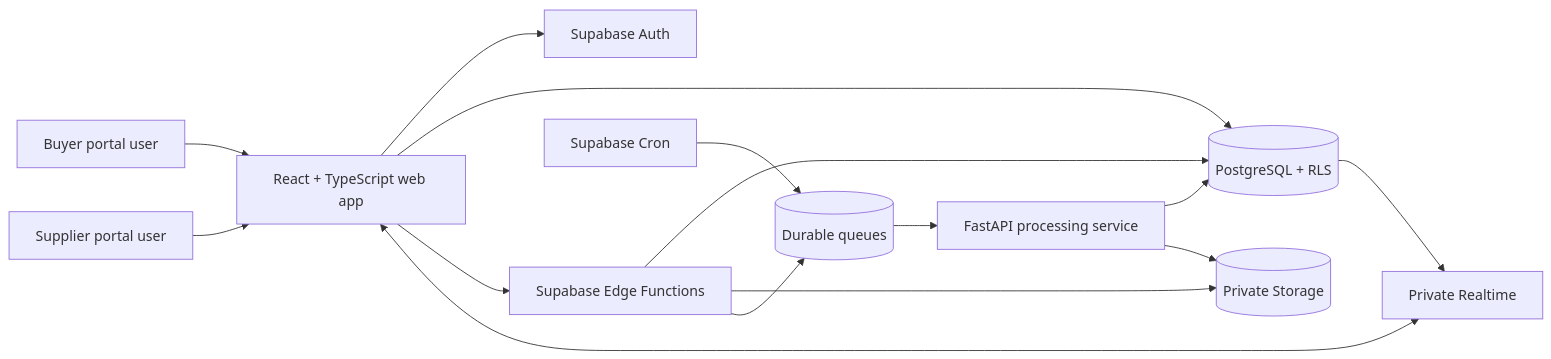
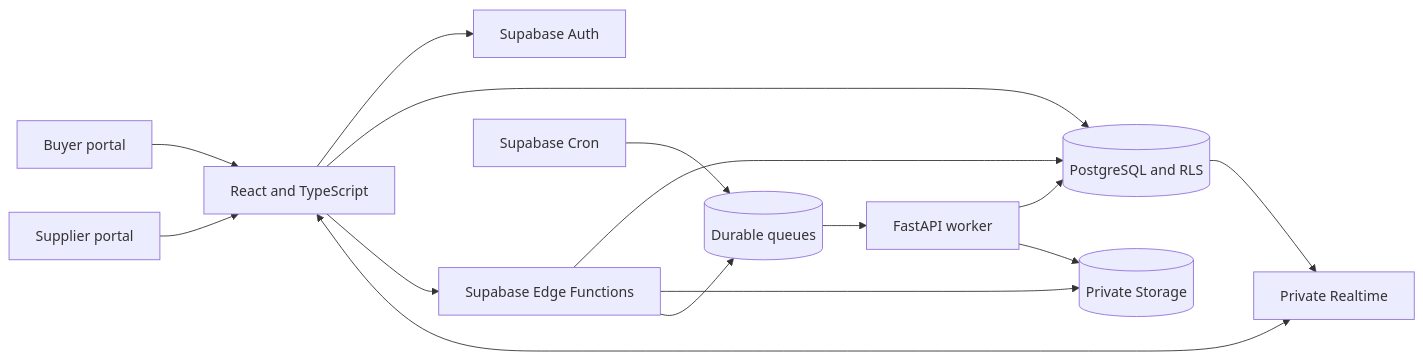
Before and after one commit to Kartikm09/supplier-compliance-workspace: the diagram in README.md, drawn with Mermaid. The commit also changed other lines of this file and 18 other files, not shown here.

````diff
--- a/README.md
+++ b/README.md
@@ -95,29 +64,29 @@
 ```mermaid
 flowchart LR
-    Buyer[Buyer portal user]
-    Supplier[Supplier portal user]
-    Web[React + TypeScript web app]
+    Buyer[Buyer portal]
+    Supplier[Supplier portal]
+    Web[React and TypeScript]
     Edge[Supabase Edge Functions]
-    API[FastAPI processing service]
+    API[FastAPI worker]
     Auth[Supabase Auth]
-    DB[(PostgreSQL + RLS)]
+    DB[(PostgreSQL and RLS)]
     Storage[(Private Storage)]
     Queue[(Durable queues)]
     Cron[Supabase Cron]
     RT[Private Realtime]
 
     Buyer --> Web
     Supplier --> Web
     Web --> Auth
     Web --> DB
     Web --> Edge
     Web <--> RT
     Edge --> DB
     Edge --> Storage
     Edge --> Queue
     Cron --> Queue
     Queue --> API
     API --> DB
     API --> Storage
     DB --> RT
 ```
````
